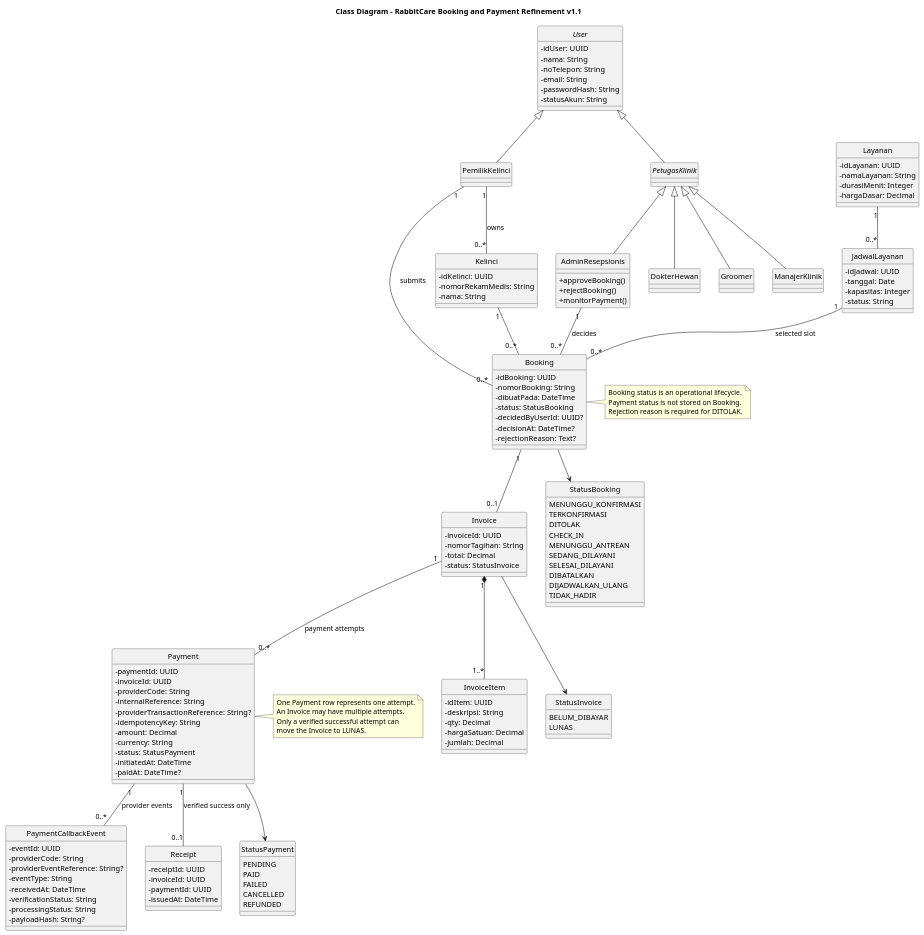
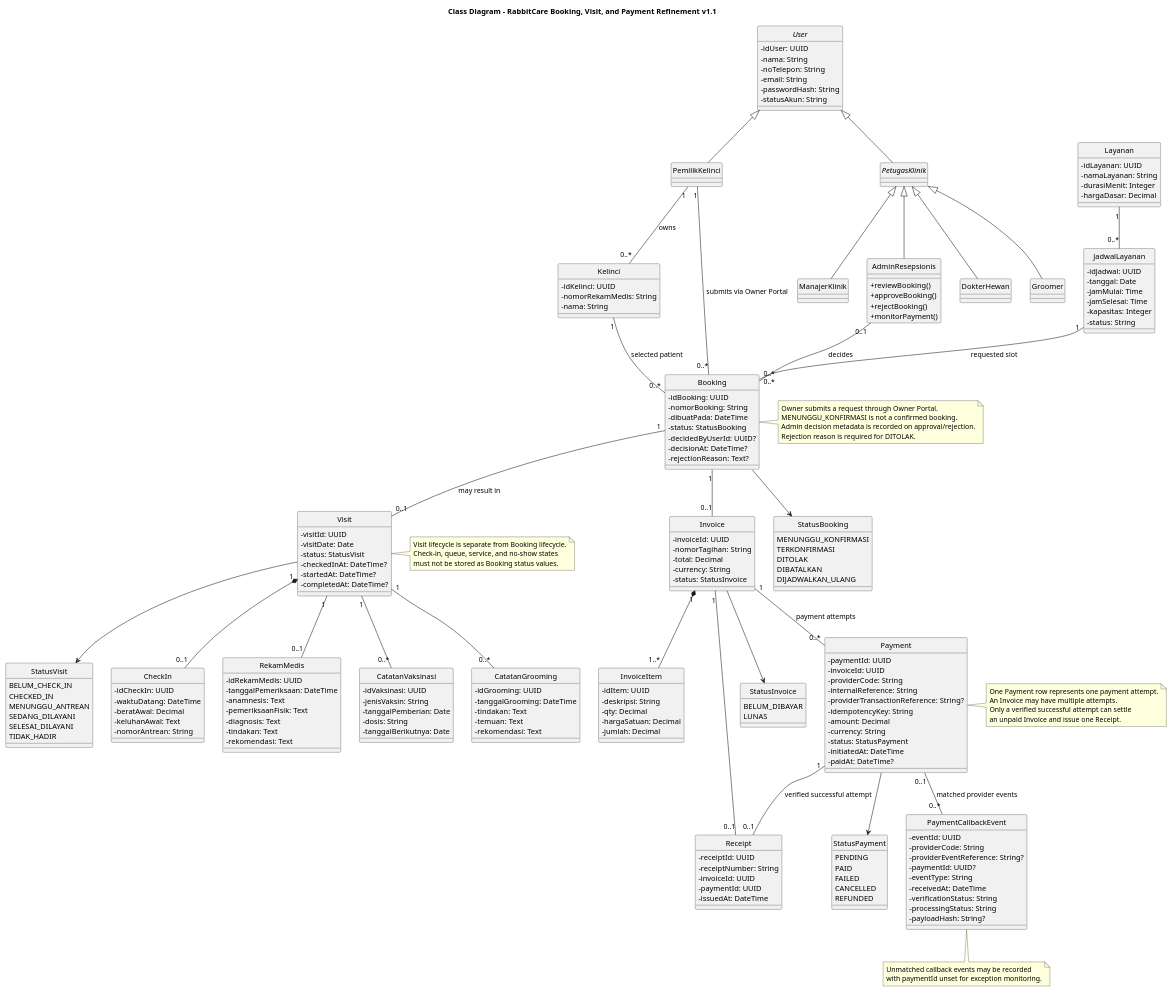
Before and after one commit to anggitasilmyy/rabbitcare-system-analysis: the diagram in plantuml/refinement/17_class_diagram_v1.1.puml, drawn with PlantUML. The commit also changed 16 other files, not shown here.

First line of the commit message:
docs: refine RabbitCare analysis and UML diagrams v1.1

```diff
--- a/plantuml/refinement/17_class_diagram_v1.1.puml
+++ b/plantuml/refinement/17_class_diagram_v1.1.puml
@@ -2,8 +2,7 @@
 skinparam shadowing false
 skinparam classAttributeIconSize 0
 hide circle
-
-title Class Diagram - RabbitCare Booking and Payment Refinement v1.1
+title Class Diagram - RabbitCare Booking, Visit, and Payment Refinement v1.1
 
 abstract class User {
   - idUser: UUID
@@ -13,10 +12,10 @@
   - passwordHash: String
   - statusAkun: String
 }
-
 class PemilikKelinci
 abstract class PetugasKlinik
 class AdminResepsionis {
+  + reviewBooking()
   + approveBooking()
   + rejectBooking()
   + monitorPayment()
@@ -30,17 +29,17 @@
   - nomorRekamMedis: String
   - nama: String
 }
-
 class Layanan {
   - idLayanan: UUID
   - namaLayanan: String
   - durasiMenit: Integer
   - hargaDasar: Decimal
 }
-
 class JadwalLayanan {
   - idJadwal: UUID
   - tanggal: Date
+  - jamMulai: Time
+  - jamSelesai: Time
   - kapasitas: Integer
   - status: String
 }
@@ -55,13 +54,52 @@
   - rejectionReason: Text?
 }
 
+class Visit {
+  - visitId: UUID
+  - visitDate: Date
+  - status: StatusVisit
+  - checkedInAt: DateTime?
+  - startedAt: DateTime?
+  - completedAt: DateTime?
+}
+class CheckIn {
+  - idCheckIn: UUID
+  - waktuDatang: DateTime
+  - beratAwal: Decimal
+  - keluhanAwal: Text
+  - nomorAntrean: String
+}
+class RekamMedis {
+  - idRekamMedis: UUID
+  - tanggalPemeriksaan: DateTime
+  - anamnesis: Text
+  - pemeriksaanFisik: Text
+  - diagnosis: Text
+  - tindakan: Text
+  - rekomendasi: Text
+}
+class CatatanVaksinasi {
+  - idVaksinasi: UUID
+  - jenisVaksin: String
+  - tanggalPemberian: Date
+  - dosis: String
+  - tanggalBerikutnya: Date
+}
+class CatatanGrooming {
+  - idGrooming: UUID
+  - tanggalGrooming: DateTime
+  - tindakan: Text
+  - temuan: Text
+  - rekomendasi: Text
+}
+
 class Invoice {
   - invoiceId: UUID
   - nomorTagihan: String
   - total: Decimal
+  - currency: String
   - status: StatusInvoice
 }
-
 class InvoiceItem {
   - idItem: UUID
   - deskripsi: String
@@ -69,7 +107,6 @@
   - hargaSatuan: Decimal
   - jumlah: Decimal
 }
-
 class Payment {
   - paymentId: UUID
   - invoiceId: UUID
@@ -83,20 +120,20 @@
   - initiatedAt: DateTime
   - paidAt: DateTime?
 }
-
 class PaymentCallbackEvent {
   - eventId: UUID
   - providerCode: String
   - providerEventReference: String?
+  - paymentId: UUID?
   - eventType: String
   - receivedAt: DateTime
   - verificationStatus: String
   - processingStatus: String
   - payloadHash: String?
 }
-
 class Receipt {
   - receiptId: UUID
+  - receiptNumber: String
   - invoiceId: UUID
   - paymentId: UUID
   - issuedAt: DateTime
@@ -106,20 +143,21 @@
   MENUNGGU_KONFIRMASI
   TERKONFIRMASI
   DITOLAK
-  CHECK_IN
+  DIBATALKAN
+  DIJADWALKAN_ULANG
+}
+enum StatusVisit {
+  BELUM_CHECK_IN
+  CHECKED_IN
   MENUNGGU_ANTREAN
   SEDANG_DILAYANI
   SELESAI_DILAYANI
-  DIBATALKAN
-  DIJADWALKAN_ULANG
   TIDAK_HADIR
 }
-
 enum StatusInvoice {
   BELUM_DIBAYAR
   LUNAS
 }
-
 enum StatusPayment {
   PENDING
   PAID
@@ -136,31 +174,50 @@
 PetugasKlinik <|-- ManajerKlinik
 
 PemilikKelinci "1" -- "0..*" Kelinci : owns
-PemilikKelinci "1" -- "0..*" Booking : submits
-Kelinci "1" -- "0..*" Booking
+PemilikKelinci "1" -- "0..*" Booking : submits via Owner Portal
+Kelinci "1" -- "0..*" Booking : selected patient
 Layanan "1" -- "0..*" JadwalLayanan
-JadwalLayanan "1" -- "0..*" Booking : selected slot
-AdminResepsionis "1" -- "0..*" Booking : decides
+JadwalLayanan "1" -- "0..*" Booking : requested slot
+AdminResepsionis "0..1" -- "0..*" Booking : decides
+Booking "1" -- "0..1" Visit : may result in
+Visit "1" *-- "0..1" CheckIn
+Visit "1" -- "0..1" RekamMedis
+Visit "1" -- "0..*" CatatanVaksinasi
+Visit "1" -- "0..*" CatatanGrooming
 Booking "1" -- "0..1" Invoice
 Invoice "1" *-- "1..*" InvoiceItem
 Invoice "1" -- "0..*" Payment : payment attempts
-Payment "1" -- "0..*" PaymentCallbackEvent : provider events
-Payment "1" -- "0..1" Receipt : verified success only
+Payment "0..1" -- "0..*" PaymentCallbackEvent : matched provider events
+Invoice "1" -- "0..1" Receipt
+Payment "1" -- "0..1" Receipt : verified successful attempt
 
 Booking --> StatusBooking
+Visit --> StatusVisit
 Invoice --> StatusInvoice
 Payment --> StatusPayment
 
 note right of Booking
-  Booking status is an operational lifecycle.
-  Payment status is not stored on Booking.
+  Owner submits a request through Owner Portal.
+  MENUNGGU_KONFIRMASI is not a confirmed booking.
+  Admin decision metadata is recorded on approval/rejection.
   Rejection reason is required for DITOLAK.
 end note
 
+note right of Visit
+  Visit lifecycle is separate from Booking lifecycle.
+  Check-in, queue, service, and no-show states
+  must not be stored as Booking status values.
+end note
+
 note right of Payment
-  One Payment row represents one attempt.
+  One Payment row represents one payment attempt.
   An Invoice may have multiple attempts.
-  Only a verified successful attempt can
-  move the Invoice to LUNAS.
+  Only a verified successful attempt can settle
+  an unpaid Invoice and issue one Receipt.
+end note
+
+note bottom of PaymentCallbackEvent
+  Unmatched callback events may be recorded
+  with paymentId unset for exception monitoring.
 end note
 @enduml
```
